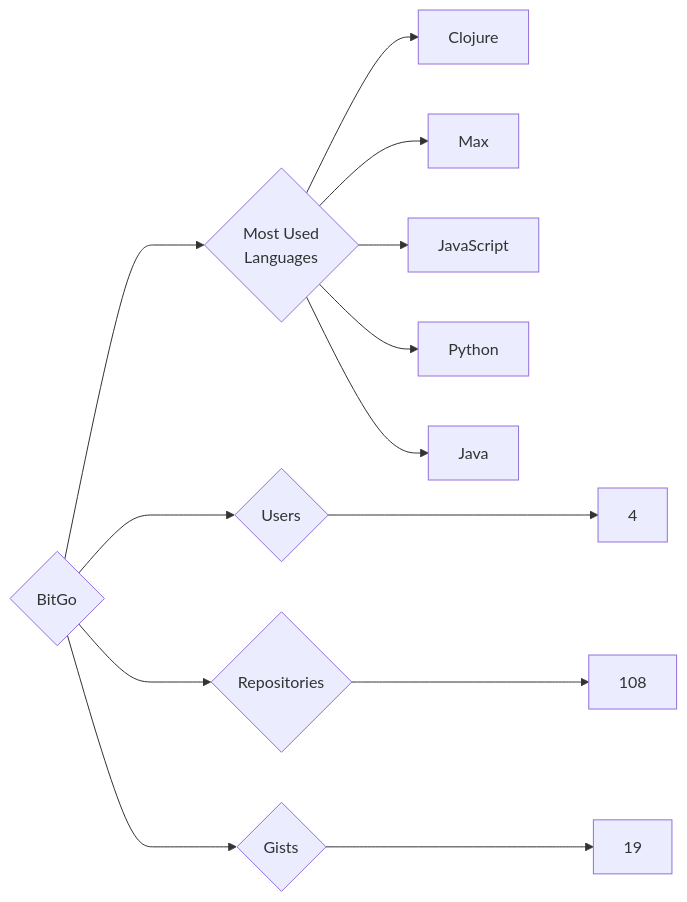
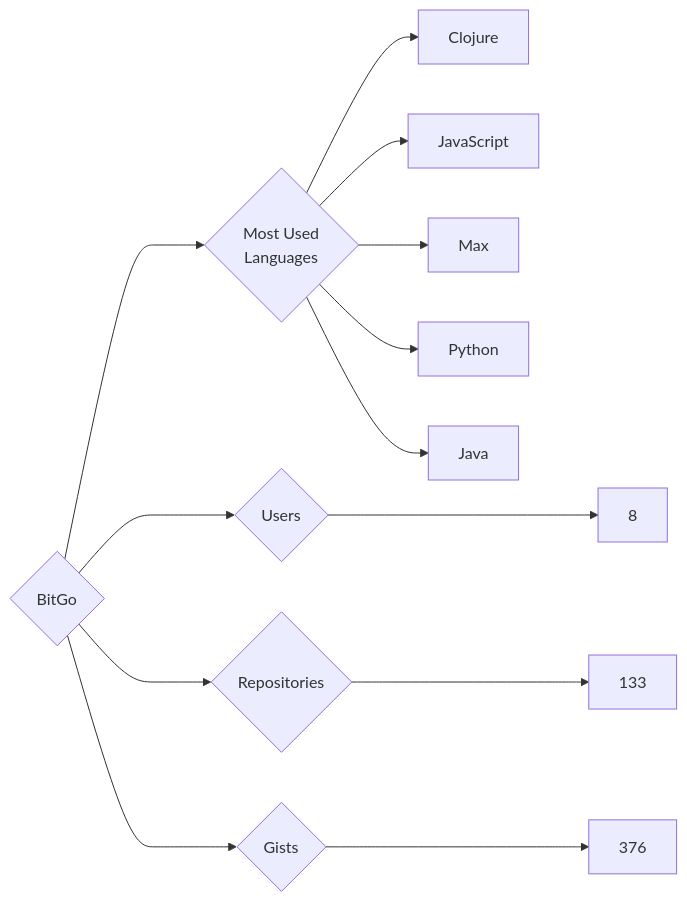
The diagram in targets/BitGo/README.md (trickest/insiders), drawn with Mermaid before and after one commit. The commit also changed 1195 other files, not shown here.

````diff
--- a/targets/BitGo/README.md
+++ b/targets/BitGo/README.md
@@ -3,13 +3,13 @@
 ```mermaid
 graph LR
 COMPANY_NAME{BitGo}
-COMPANY_NAME ---> U{Users} ---> UN[4]
-COMPANY_NAME ---> R{Repositories} ---> RN[108]
-COMPANY_NAME ---> G{Gists} ---> GN[19]
+COMPANY_NAME ---> U{Users} ---> UN[8]
+COMPANY_NAME ---> R{Repositories} ---> RN[133]
+COMPANY_NAME ---> G{Gists} ---> GN[376]
 COMPANY_NAME ---> ML{Most Used<br>Languages}
 ML --> Clojure[Clojure]
+ML --> JavaScript[JavaScript]
 ML --> Max[Max]
-ML --> JavaScript[JavaScript]
 ML --> Python[Python]
 ML --> Java[Java]
 ```
````
